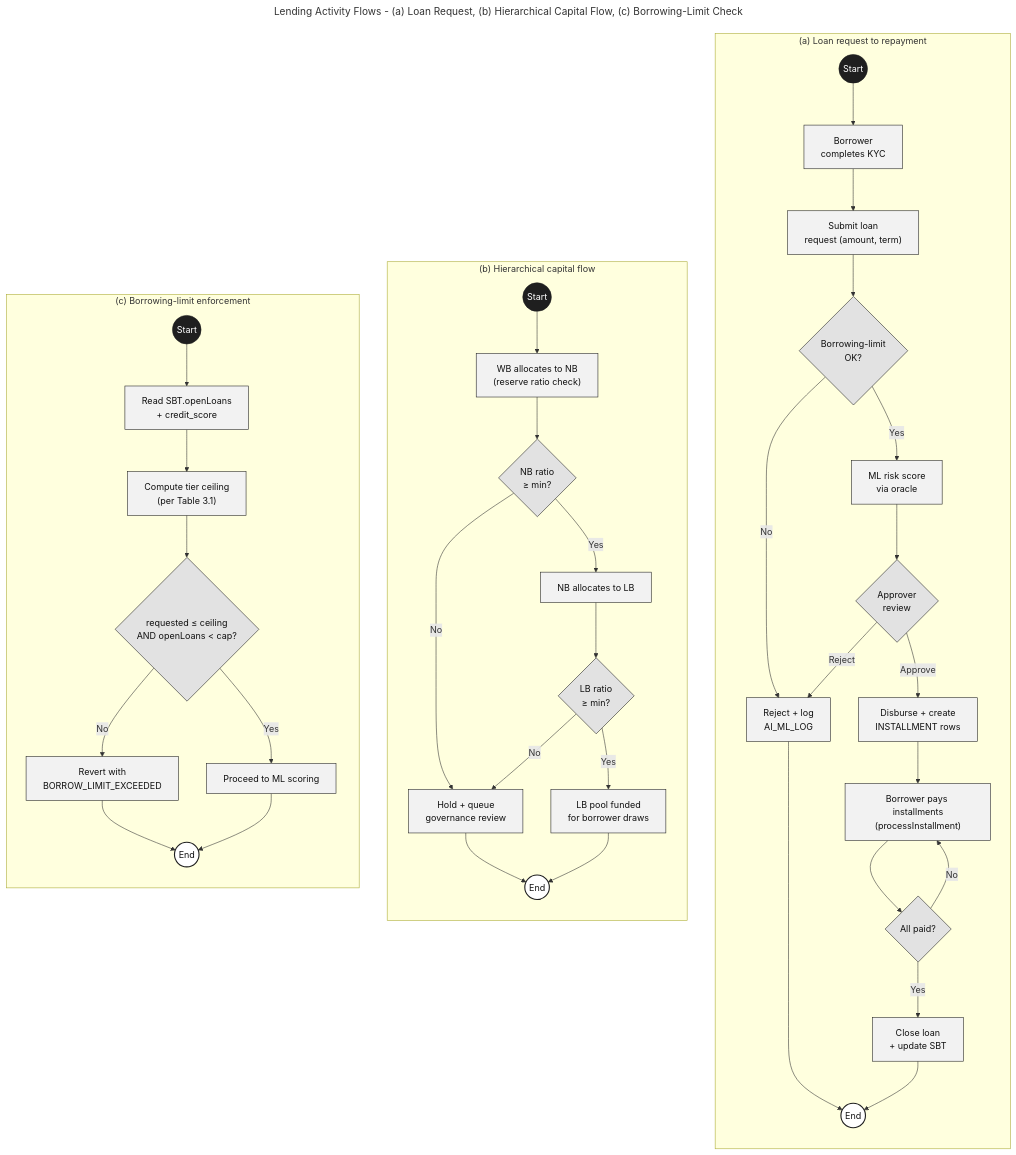
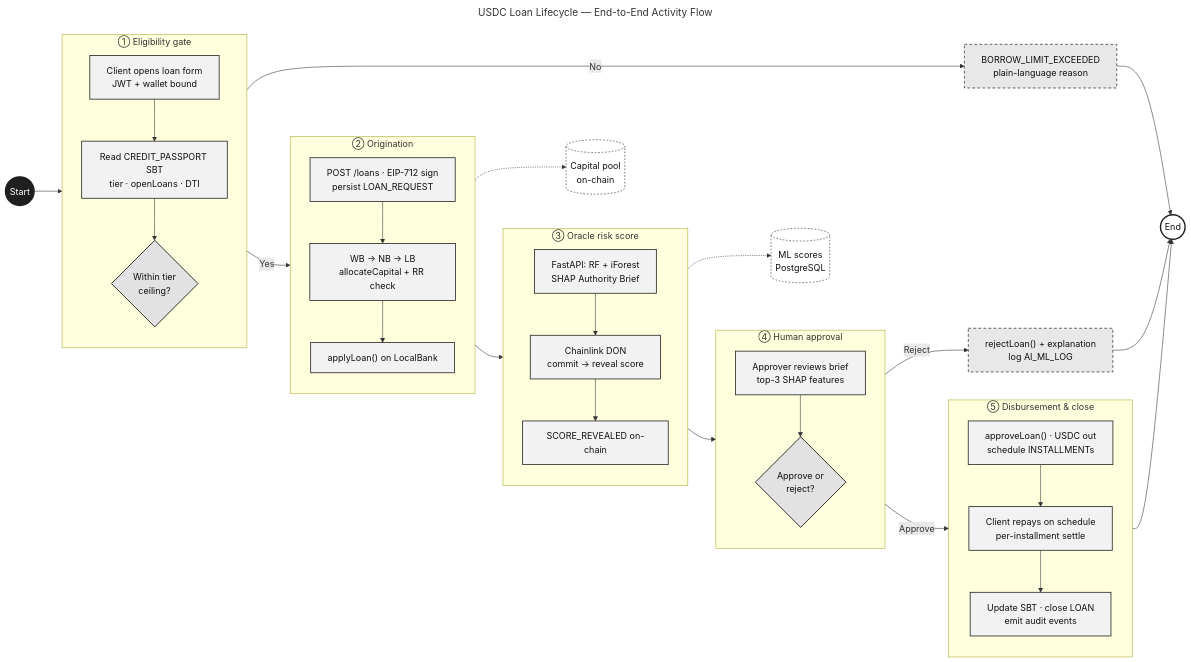
The diagram in Documentation/Diagrams/mermaid-src/improved diagrams/fig-activity-lending.mmd (Yuvraajrahman/Cryto-World-Bank), drawn with Mermaid before and after one commit. The commit also changed 272 other files, not shown here.

Commit message:
Diagram Updates

```diff
--- a/Documentation/Diagrams/mermaid-src/improved diagrams/fig-activity-lending.mmd
+++ b/Documentation/Diagrams/mermaid-src/improved diagrams/fig-activity-lending.mmd
@@ -1,44 +1,63 @@
 ---
-title: Lending Activity Flows - (a) Loan Request, (b) Hierarchical Capital Flow, (c) Borrowing-Limit Check
+title: USDC Loan Lifecycle — End-to-End Activity Flow
 ---
-flowchart TB
-    classDef start  fill:#1F1F1F,color:#FFFFFF,stroke:#1F1F1F
-    classDef act    fill:#F2F2F2,stroke:#1F1F1F,stroke-width:1px,color:#111111
-    classDef dec    fill:#E2E2E2,stroke:#1F1F1F,stroke-width:1px,color:#111111
-    classDef finish fill:#FFFFFF,stroke:#1F1F1F,stroke-width:2px,color:#111111
+flowchart LR
+    classDef start  fill:#1F1F1F,color:#FFFFFF,stroke:#1F1F1F,stroke-width:2.5px
+    classDef finish fill:#FFFFFF,color:#111111,stroke:#1F1F1F,stroke-width:2.5px
+    classDef phase  fill:#FAFAFA,stroke:#1F1F1F,stroke-width:1.6px,color:#111111
+    classDef act    fill:#F2F2F2,stroke:#1F1F1F,stroke-width:1.4px,color:#111111
+    classDef dec    fill:#E2E2E2,stroke:#1F1F1F,stroke-width:1.6px,color:#111111
+    classDef exit   fill:#E8E8E8,stroke:#1F1F1F,stroke-width:1.2px,color:#111111,stroke-dasharray:5 4
+    classDef store  fill:#FFFFFF,stroke:#1F1F1F,stroke-width:1px,color:#111111,stroke-dasharray:3 3
 
-    subgraph A[" (a) Loan request to repayment "]
+    S(("Start")):::start
+
+    subgraph P1[" ① Eligibility gate "]
         direction TB
-        A1((Start)):::start --> A2["Borrower<br/>completes KYC"]:::act
-        A2 --> A3["Submit loan<br/>request (amount, term)"]:::act
-        A3 --> A4{Borrowing-limit<br/>OK?}:::dec
-        A4 -- No --> A5["Reject + log<br/>AI_ML_LOG"]:::act --> AE((End)):::finish
-        A4 -- Yes --> A6["ML risk score<br/>via oracle"]:::act
-        A6 --> A7{Approver<br/>review}:::dec
-        A7 -- Reject --> A5
-        A7 -- Approve --> A8["Disburse + create<br/>INSTALLMENT rows"]:::act
-        A8 --> A9["Borrower pays installments<br/>(processInstallment)"]:::act
-        A9 --> A10{All paid?}:::dec
-        A10 -- No --> A9
-        A10 -- Yes --> A11["Close loan<br/>+ update SBT"]:::act --> AE
+        P1A["Client opens loan form<br/>JWT + wallet bound"]:::act
+        P1B["Read CREDIT_PASSPORT SBT<br/>tier · openLoans · DTI"]:::act
+        P1C{Within tier<br/>ceiling?}:::dec
+        P1A --> P1B --> P1C
     end
 
-    subgraph B[" (b) Hierarchical capital flow "]
+    subgraph P2[" ② Origination "]
         direction TB
-        B1((Start)):::start --> B2["WB allocates to NB<br/>(reserve ratio check)"]:::act
-        B2 --> B3{NB ratio<br/>≥ min?}:::dec
-        B3 -- No --> B4["Hold + queue<br/>governance review"]:::act --> BE((End)):::finish
-        B3 -- Yes --> B5["NB allocates to LB"]:::act
-        B5 --> B6{LB ratio<br/>≥ min?}:::dec
-        B6 -- No --> B4
-        B6 -- Yes --> B7["LB pool funded<br/>for borrower draws"]:::act --> BE
+        P2A["POST /loans · EIP-712 sign<br/>persist LOAN_REQUEST"]:::act
+        P2B["WB → NB → LB<br/>allocateCapital + RR check"]:::act
+        P2C["applyLoan() on LocalBank"]:::act
+        P2A --> P2B --> P2C
     end
 
-    subgraph C[" (c) Borrowing-limit enforcement "]
+    subgraph P3[" ③ Oracle risk score "]
         direction TB
-        C1((Start)):::start --> C2["Read SBT.openLoans<br/>+ credit_score"]:::act
-        C2 --> C3["Compute tier ceiling<br/>(per Table 3.1)"]:::act
-        C3 --> C4{requested ≤ ceiling<br/>AND openLoans &lt; cap?}:::dec
-        C4 -- No --> C5["Revert with<br/>BORROW_LIMIT_EXCEEDED"]:::act --> CE((End)):::finish
-        C4 -- Yes --> C6["Proceed to ML scoring"]:::act --> CE
+        P3A["FastAPI: RF + iForest<br/>SHAP Authority Brief"]:::act
+        P3B["Chainlink DON<br/>commit → reveal score"]:::act
+        P3C["SCORE_REVEALED on-chain"]:::act
+        P3A --> P3B --> P3C
     end
+
+    subgraph P4[" ④ Human approval "]
+        direction TB
+        P4A["Approver reviews brief<br/>top-3 SHAP features"]:::act
+        P4B{Approve or<br/>reject?}:::dec
+        P4A --> P4B
+    end
+
+    subgraph P5[" ⑤ Disbursement & close "]
+        direction TB
+        P5A["approveLoan() · USDC out<br/>schedule INSTALLMENTs"]:::act
+        P5B["Client repays on schedule<br/>per-installment settle"]:::act
+        P5C["Update SBT · close LOAN<br/>emit audit events"]:::act
+        P5A --> P5B --> P5C
+    end
+
+    E(("End")):::finish
+
+    S --> P1
+    P1C -- "No" --> X1["BORROW_LIMIT_EXCEEDED<br/>plain-language reason"]:::exit --> E
+    P1C -- "Yes" --> P2 --> P3 --> P4
+    P4B -- "Reject" --> X2["rejectLoan() + explanation<br/>log AI_ML_LOG"]:::exit --> E
+    P4B -- "Approve" --> P5 --> E
+
+    P2B -.-> D1[("Capital pool<br/>on-chain")]:::store
+    P3A -.-> D2[("ML scores<br/>PostgreSQL")]:::store
```
